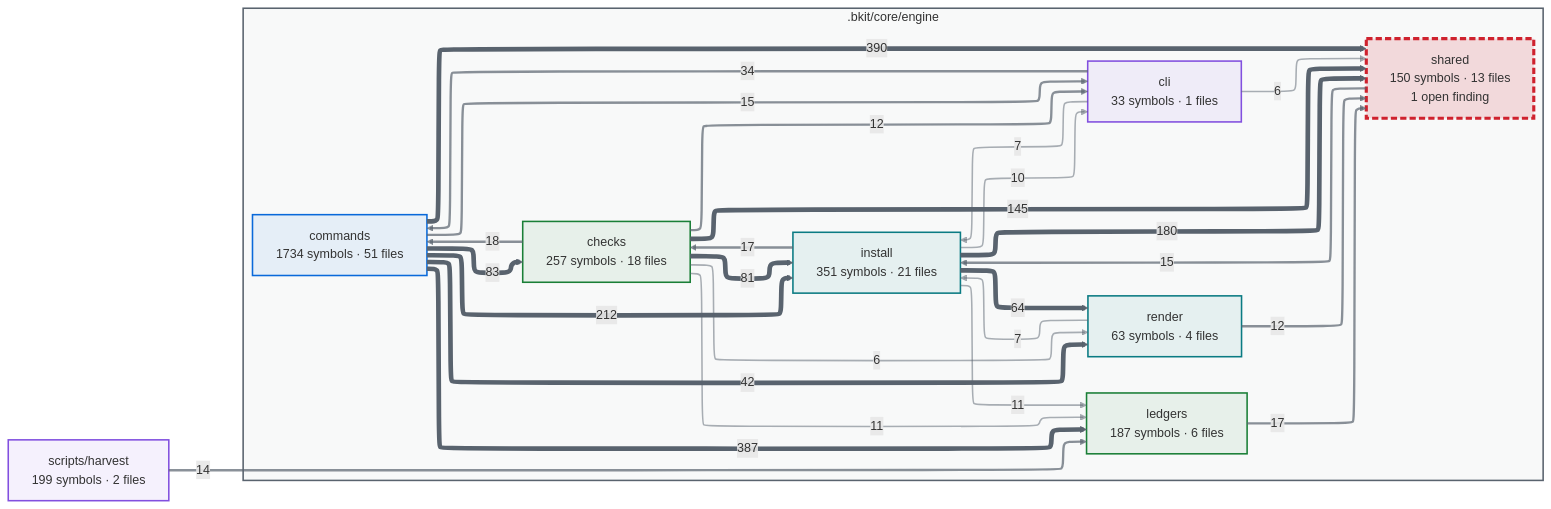
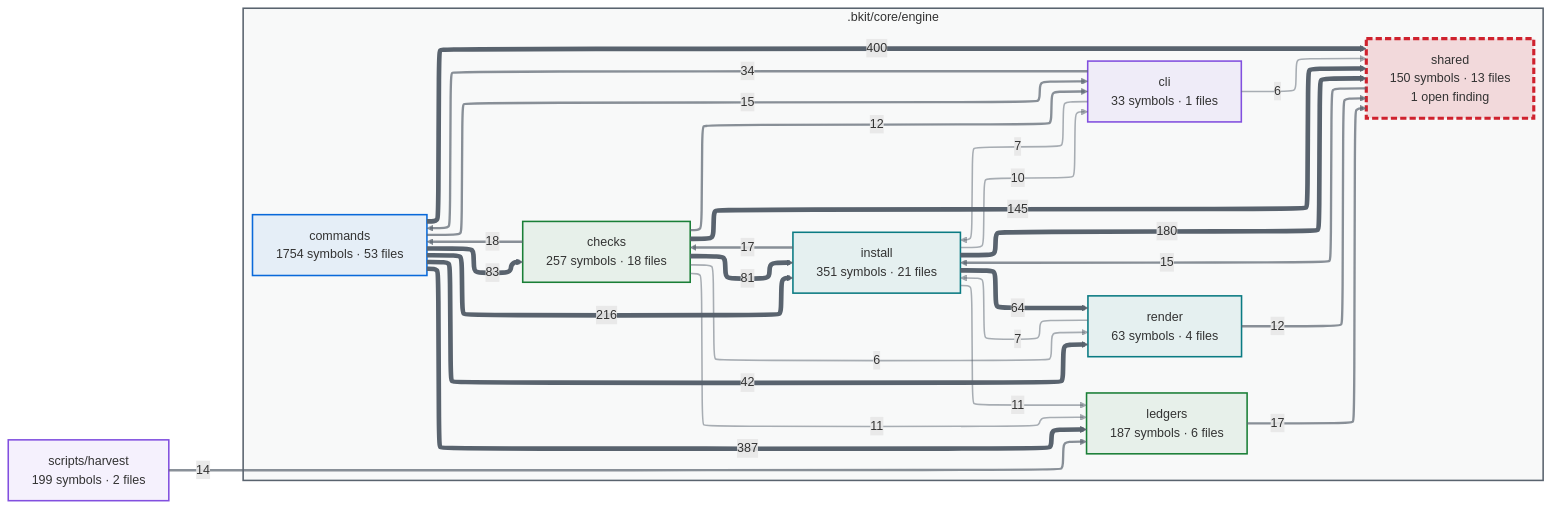
One commit to cbartens/bkit changed the first of 2 diagrams in docs/capabilities.md. Above: the diagram before and after it, drawn with Mermaid. The commit also changed other lines of this file and 171 other files, not shown here.

````diff
--- a/docs/capabilities.md
+++ b/docs/capabilities.md
@@ -154,80 +154,80 @@
 ```mermaid
 ---
 config:
   layout: elk
   themeCSS: "marker { overflow: visible; } marker path { transform: scale(1.8); transform-origin: 5px 5px; }"
   flowchart:
     useMaxWidth: false
 ---
 flowchart LR
   %% Generated by bkit-graphify-rollup.py — do not edit
   subgraph gn_bkit_core_engine[".bkit/core/engine"]
     n_bkit_core_engine_checks["checks<br/>257 symbols · 18 files"]
     n_bkit_core_engine_cli["cli<br/>33 symbols · 1 files"]
-    n_bkit_core_engine_commands["commands<br/>1734 symbols · 51 files"]
+    n_bkit_core_engine_commands["commands<br/>1754 symbols · 53 files"]
     n_bkit_core_engine_install["install<br/>351 symbols · 21 files"]
     n_bkit_core_engine_ledgers["ledgers<br/>187 symbols · 6 files"]
     n_bkit_core_engine_render["render<br/>63 symbols · 4 files"]
     n_bkit_core_engine_shared["shared<br/>150 symbols · 13 files<br/>1 open finding"]
   end
   nscripts_harvest["scripts/harvest<br/>199 symbols · 2 files"]
-  n_bkit_core_engine_commands -->|390| n_bkit_core_engine_shared
+  n_bkit_core_engine_commands -->|400| n_bkit_core_engine_shared
   n_bkit_core_engine_commands -->|387| n_bkit_core_engine_ledgers
-  n_bkit_core_engine_commands -->|212| n_bkit_core_engine_install
+  n_bkit_core_engine_commands -->|216| n_bkit_core_engine_install
   n_bkit_core_engine_install -->|180| n_bkit_core_engine_shared
   n_bkit_core_engine_checks -->|145| n_bkit_core_engine_shared
   n_bkit_core_engine_commands -->|83| n_bkit_core_engine_checks
   n_bkit_core_engine_checks -->|81| n_bkit_core_engine_install
   n_bkit_core_engine_install -->|64| n_bkit_core_engine_render
   n_bkit_core_engine_commands -->|42| n_bkit_core_engine_render
   n_bkit_core_engine_cli -->|34| n_bkit_core_engine_commands
   n_bkit_core_engine_checks -->|18| n_bkit_core_engine_commands
   n_bkit_core_engine_install -->|17| n_bkit_core_engine_checks
   n_bkit_core_engine_ledgers -->|17| n_bkit_core_engine_shared
   n_bkit_core_engine_shared -->|15| n_bkit_core_engine_install
   n_bkit_core_engine_commands -->|15| n_bkit_core_engine_cli
   nscripts_harvest -->|14| n_bkit_core_engine_ledgers
   n_bkit_core_engine_checks -->|12| n_bkit_core_engine_cli
   n_bkit_core_engine_render -->|12| n_bkit_core_engine_shared
   n_bkit_core_engine_checks -->|11| n_bkit_core_engine_ledgers
   n_bkit_core_engine_install -->|11| n_bkit_core_engine_ledgers
   n_bkit_core_engine_install -->|10| n_bkit_core_engine_cli
   n_bkit_core_engine_cli -->|7| n_bkit_core_engine_install
   n_bkit_core_engine_render -->|7| n_bkit_core_engine_install
   n_bkit_core_engine_checks -->|6| n_bkit_core_engine_render
   n_bkit_core_engine_cli -->|6| n_bkit_core_engine_shared
   style gn_bkit_core_engine fill:#59636e0a,stroke:#59636e,stroke-width:2px
   style n_bkit_core_engine_checks stroke:#1a7f37,stroke-width:2px,fill:#1a7f3714
   style n_bkit_core_engine_cli stroke:#8250df,stroke-width:2px,fill:#8250df14
   style n_bkit_core_engine_commands stroke:#0969da,stroke-width:2px,fill:#0969da14
   style n_bkit_core_engine_install stroke:#0a7b83,stroke-width:2px,fill:#0a7b8314
   style n_bkit_core_engine_ledgers stroke:#1a7f37,stroke-width:2px,fill:#1a7f3714
   style n_bkit_core_engine_render stroke:#0a7b83,stroke-width:2px,fill:#0a7b8314
   style n_bkit_core_engine_shared stroke:#cf222e,stroke-width:4px,stroke-dasharray:8 4,fill:#cf222e26
   style nscripts_harvest stroke:#8250df,stroke-width:2px,fill:#8250df14
   linkStyle 0 stroke:#59636e,stroke-width:6px
   linkStyle 1 stroke:#59636e,stroke-width:6px
   linkStyle 2 stroke:#59636e,stroke-width:6px
   linkStyle 3 stroke:#59636e,stroke-width:6px
   linkStyle 4 stroke:#59636e,stroke-width:6px
   linkStyle 5 stroke:#59636e,stroke-width:6px
   linkStyle 6 stroke:#59636e,stroke-width:6px
   linkStyle 7 stroke:#59636e,stroke-width:6px
   linkStyle 8 stroke:#59636e,stroke-width:6px
   linkStyle 9 stroke:#59636eb3,stroke-width:3px
   linkStyle 10 stroke:#59636eb3,stroke-width:3px
   linkStyle 11 stroke:#59636eb3,stroke-width:3px
   linkStyle 12 stroke:#59636eb3,stroke-width:3px
   linkStyle 13 stroke:#59636eb3,stroke-width:3px
   linkStyle 14 stroke:#59636eb3,stroke-width:3px
   linkStyle 15 stroke:#59636eb3,stroke-width:3px
   linkStyle 16 stroke:#59636eb3,stroke-width:3px
   linkStyle 17 stroke:#59636eb3,stroke-width:3px
   linkStyle 18 stroke:#59636e80,stroke-width:2px
   linkStyle 19 stroke:#59636e80,stroke-width:2px
   linkStyle 20 stroke:#59636e80,stroke-width:2px
   linkStyle 21 stroke:#59636e80,stroke-width:2px
   linkStyle 22 stroke:#59636e80,stroke-width:2px
   linkStyle 23 stroke:#59636e80,stroke-width:2px
   linkStyle 24 stroke:#59636e80,stroke-width:2px
 ```
````
